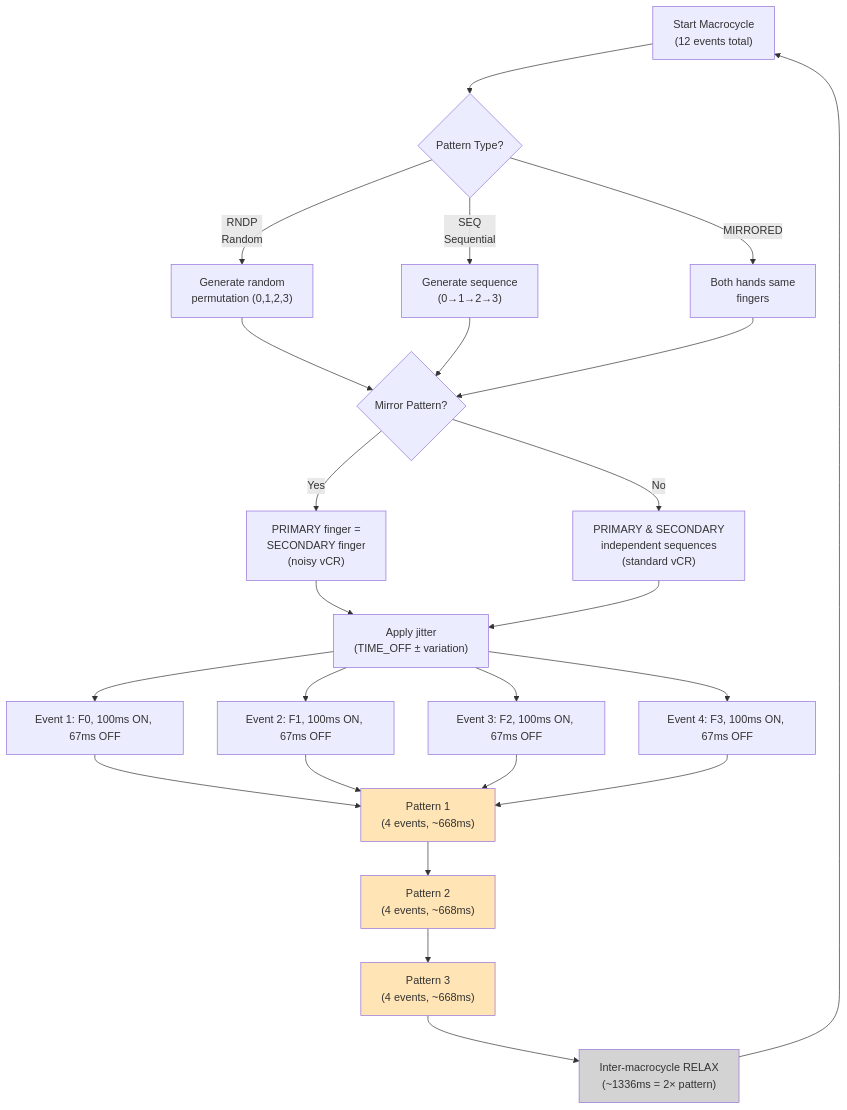
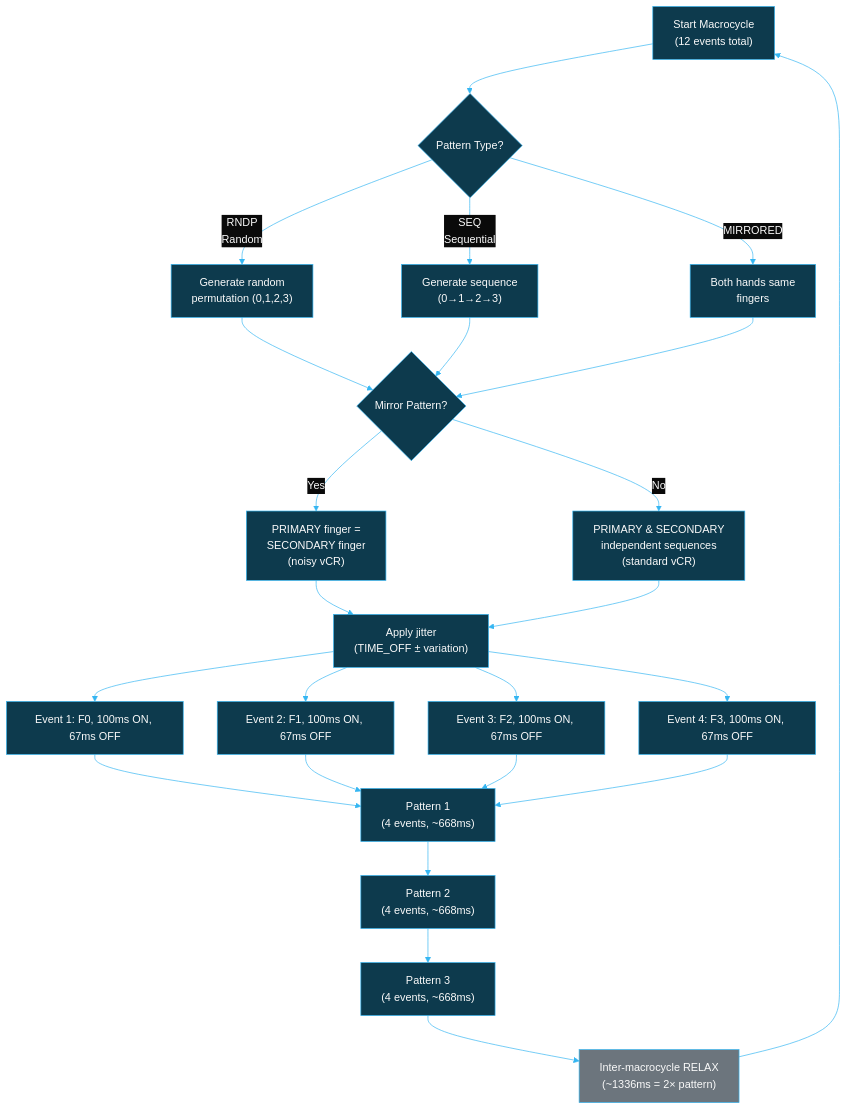
Before and after one commit to BlueBuzzah/BlueBuzzah-Firmware: the eighth of 11 diagrams in docs/THERAPY_SESSION_FLOW.md, drawn with Mermaid. The commit also changed other lines of this file and 12 other files, not shown here.

First line of the commit message:
docs: update system documentation to accurately reflect current state, update diagram formats and styling

````diff
--- a/docs/THERAPY_SESSION_FLOW.md
+++ b/docs/THERAPY_SESSION_FLOW.md
@@ -327,45 +527,60 @@
 ```mermaid
+%%{init: {'theme': 'base', 'themeVariables': {
+  'primaryColor': '#0d3a4d',
+  'primaryTextColor': '#fafafa',
+  'primaryBorderColor': '#35B6F2',
+  'lineColor': '#35B6F2',
+  'secondaryColor': '#05212D',
+  'tertiaryColor': '#0a0a0a',
+  'background': '#0a0a0a',
+  'mainBkg': '#0d3a4d',
+  'nodeBorder': '#35B6F2',
+  'clusterBkg': '#05212D',
+  'clusterBorder': '#35B6F2',
+  'titleColor': '#fafafa',
+  'edgeLabelBackground': '#0a0a0a'
+}}}%%
 flowchart TD
     A["Start Macrocycle<br/>(12 events total)"]
 
     B["Pattern 1<br/>(4 events, ~668ms)"]
     C["Pattern 2<br/>(4 events, ~668ms)"]
     D["Pattern 3<br/>(4 events, ~668ms)"]
     E["Inter-macrocycle RELAX<br/>(~1336ms = 2× pattern)"]
 
     A --> F{Pattern Type?}
 
     F -->|RNDP<br/>Random| G["Generate random<br/>permutation (0,1,2,3)"]
     F -->|SEQ<br/>Sequential| H["Generate sequence<br/>(0→1→2→3)"]
     F -->|MIRRORED| I["Both hands same<br/>fingers"]
 
     G --> J{Mirror Pattern?}
     H --> J
     I --> J
 
     J -->|Yes| K["PRIMARY finger =<br/>SECONDARY finger<br/>(noisy vCR)"]
     J -->|No| L["PRIMARY & SECONDARY<br/>independent sequences<br/>(standard vCR)"]
 
     K --> M["Apply jitter<br/>(TIME_OFF ± variation)"]
     L --> M
 
     M --> N["Event 1: F0, 100ms ON, 67ms OFF"]
     M --> O["Event 2: F1, 100ms ON, 67ms OFF"]
     M --> P["Event 3: F2, 100ms ON, 67ms OFF"]
     M --> Q["Event 4: F3, 100ms ON, 67ms OFF"]
 
     N --> B
     O --> B
     P --> B
     Q --> B
 
     B --> C
     C --> D
     D --> E
     E --> A
 
-    style B fill:#FFE4B5
-    style C fill:#FFE4B5
-    style D fill:#FFE4B5
-    style E fill:#D3D3D3
+    style B fill:#0d3a4d,color:#fafafa
+    style C fill:#0d3a4d,color:#fafafa
+    style D fill:#0d3a4d,color:#fafafa
+    style E fill:#6c757d,color:#fafafa
 ```
````
